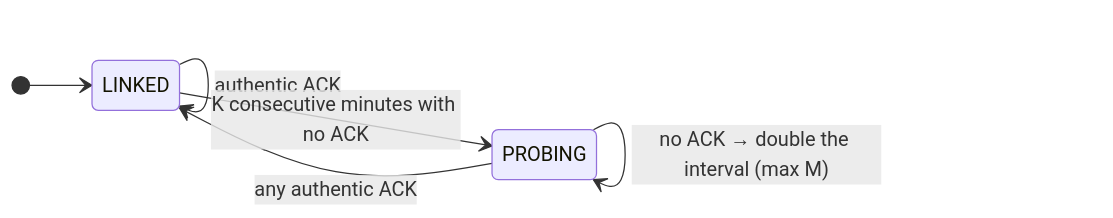
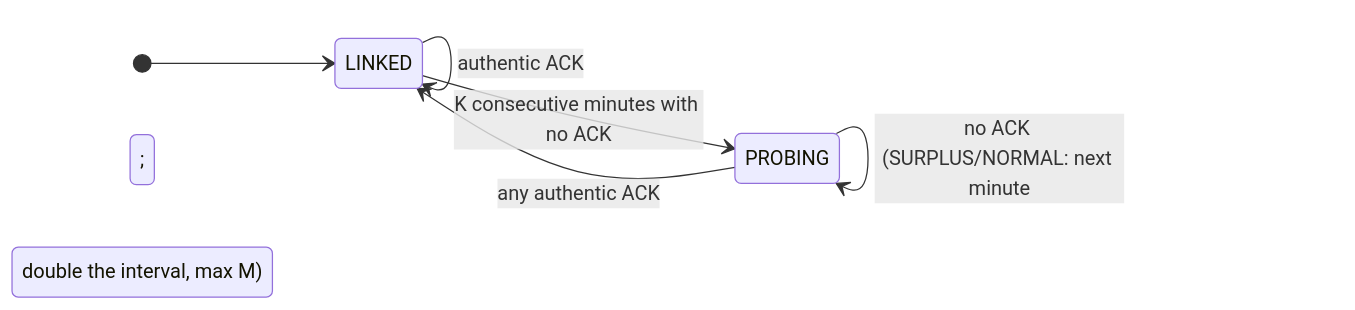
One commit to clintecker/weather-station-2026 changed the fourth of 4 diagrams in docs/radio-energy-policy.md. Above: the diagram before and after it, drawn with Mermaid. The commit also changed other lines of this file and 30 other files, not shown here.

````diff
--- a/docs/radio-energy-policy.md
+++ b/docs/radio-energy-policy.md
@@ -160,9 +160,9 @@
 ```mermaid
 stateDiagram-v2
   direction LR
   [*] --> LINKED
   LINKED --> LINKED: authentic ACK
   LINKED --> PROBING: K consecutive minutes with no ACK
-  PROBING --> PROBING: no ACK → double the interval (max M)
+  PROBING --> PROBING: no ACK (SURPLUS/NORMAL: next minute; CONSERVE: double the interval, max M)
   PROBING --> LINKED: any authentic ACK
 ```
````
